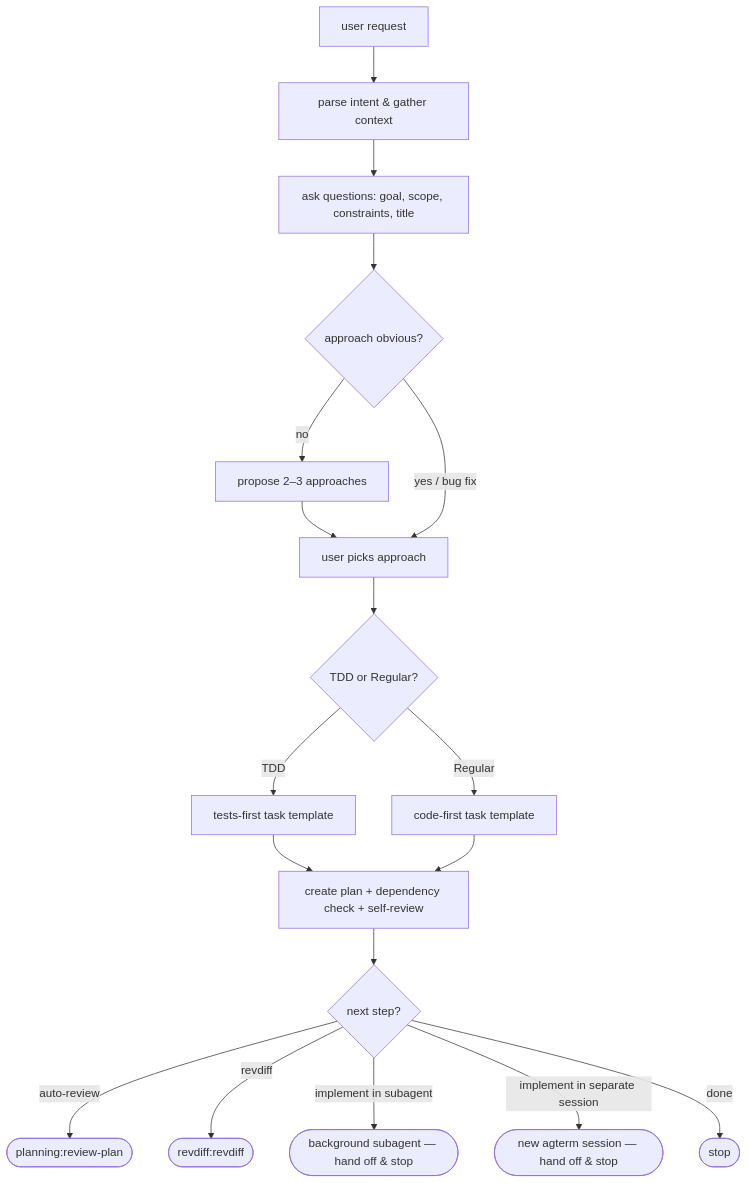
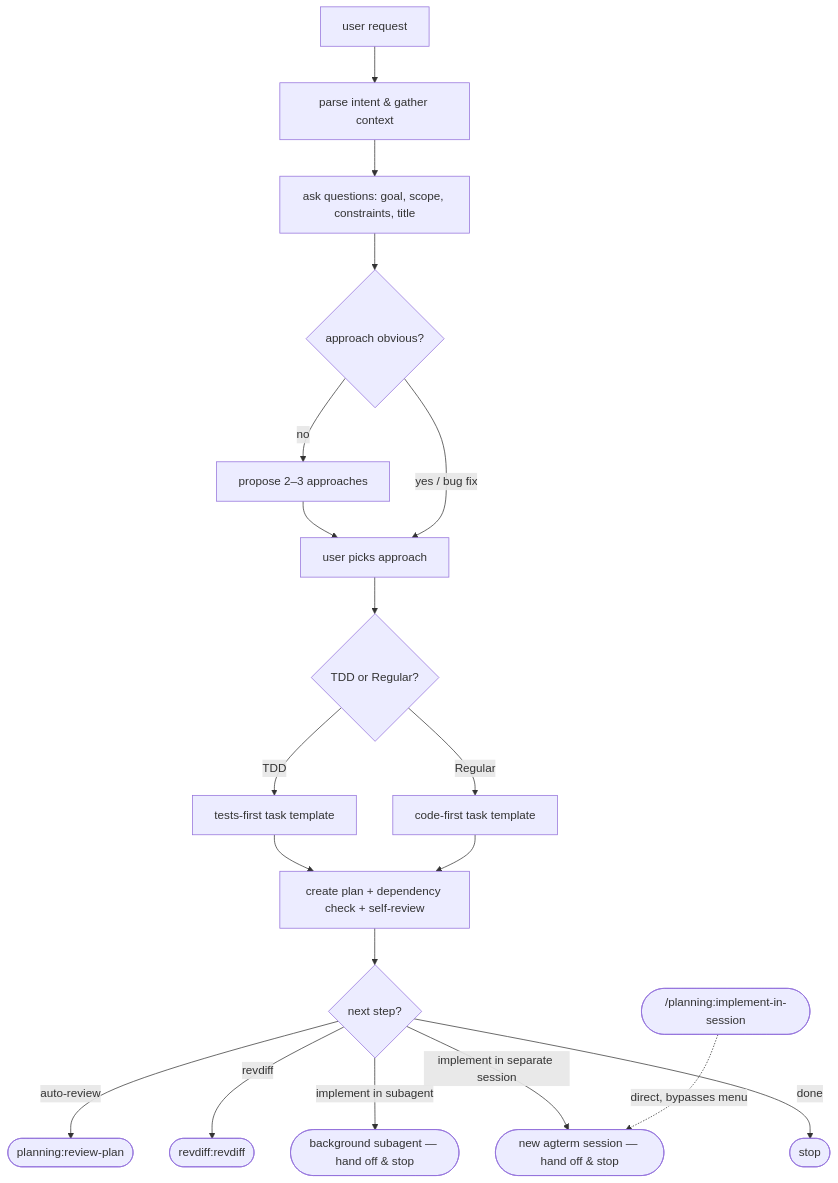
Before and after one commit to parMaster/claude-dlc: the second of 4 diagrams in README.md, drawn with Mermaid. The commit also changed other lines of this file and 5 other files, not shown here.

First line of the commit message:
feat(planning): add dedicated implement-in-session skill

````diff
--- a/README.md
+++ b/README.md
@@ -87,20 +88,21 @@
 ```mermaid
 flowchart TD
     A["user request"] --> B["parse intent & gather context"]
     B --> C["ask questions: goal, scope, constraints, title"]
     C --> D{"approach obvious?"}
     D -->|no| E["propose 2–3 approaches"]
     E --> F["user picks approach"]
     D -->|"yes / bug fix"| F
     F --> G{"TDD or Regular?"}
     G -->|TDD| H["tests-first task template"]
     G -->|Regular| I["code-first task template"]
     H --> J["create plan + dependency check + self-review"]
     I --> J
     J --> K{"next step?"}
     K -->|auto-review| L(["planning:review-plan"])
     K -->|revdiff| M(["revdiff:revdiff"])
     K -->|"implement in subagent"| SUB(["background subagent — hand off & stop"])
     K -->|"implement in separate session"| SESS(["new agterm session — hand off & stop"])
     K -->|done| N(["stop"])
+    EXT(["/planning:implement-in-session"]) -.->|direct, bypasses menu| SESS
 ```
````
